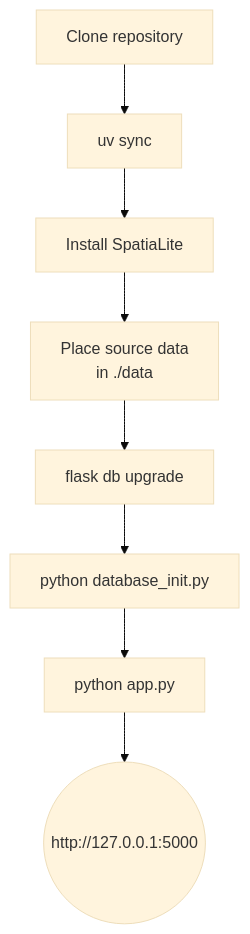
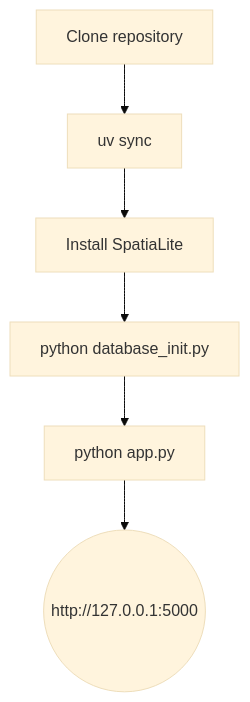
The diagram in docs/getting-started/installation.md (StavrosOrf/EPIOT), drawn with Mermaid (base theme) before and after one commit. The commit also changed other lines of this file and 106 other files, not shown here.

````diff
--- a/docs/getting-started/installation.md
+++ b/docs/getting-started/installation.md
@@ -6,10 +6,8 @@
 ```{mermaid}
 flowchart TB
     A[Clone repository] --> B[uv sync]
     B --> C[Install SpatiaLite]
-    C --> D[Place source data<br/>in ./data]
-    D --> E[flask db upgrade]
-    E --> F[python database_init.py]
+    C --> F[python database_init.py]
     F --> G[python app.py]
     G --> H((http://127.0.0.1:5000))
 ```
````
